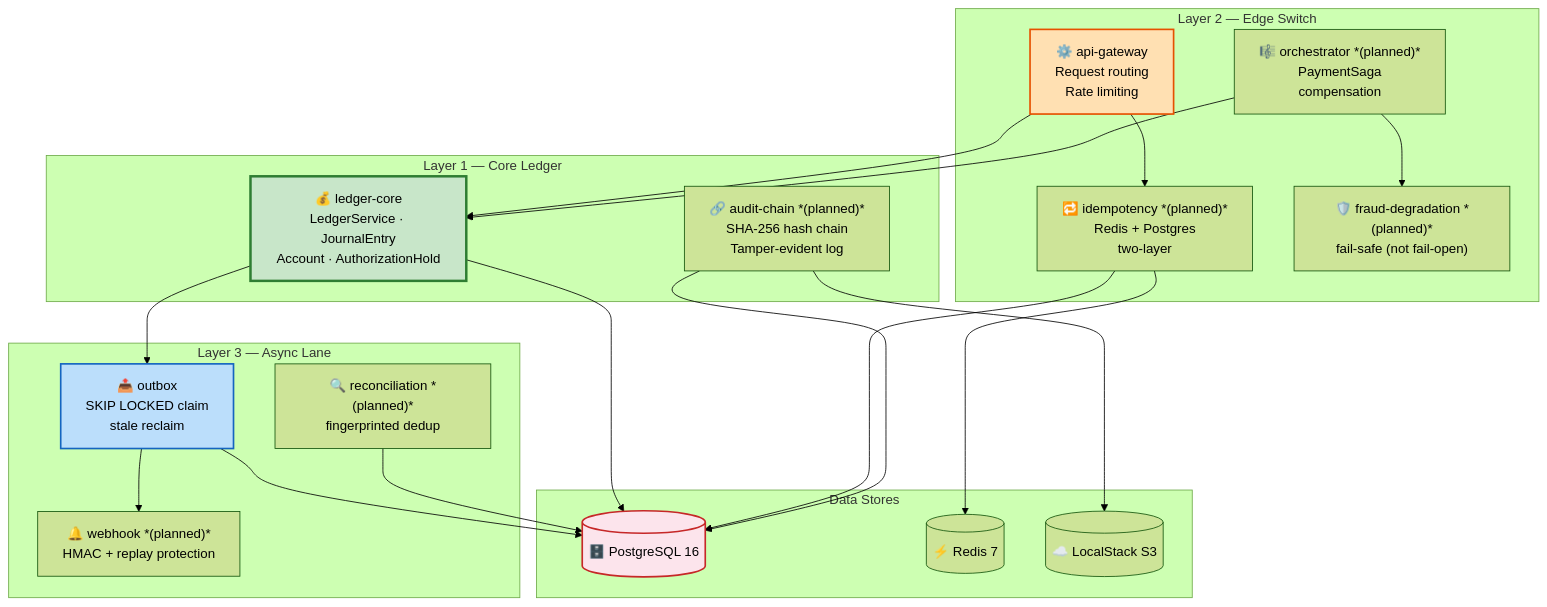
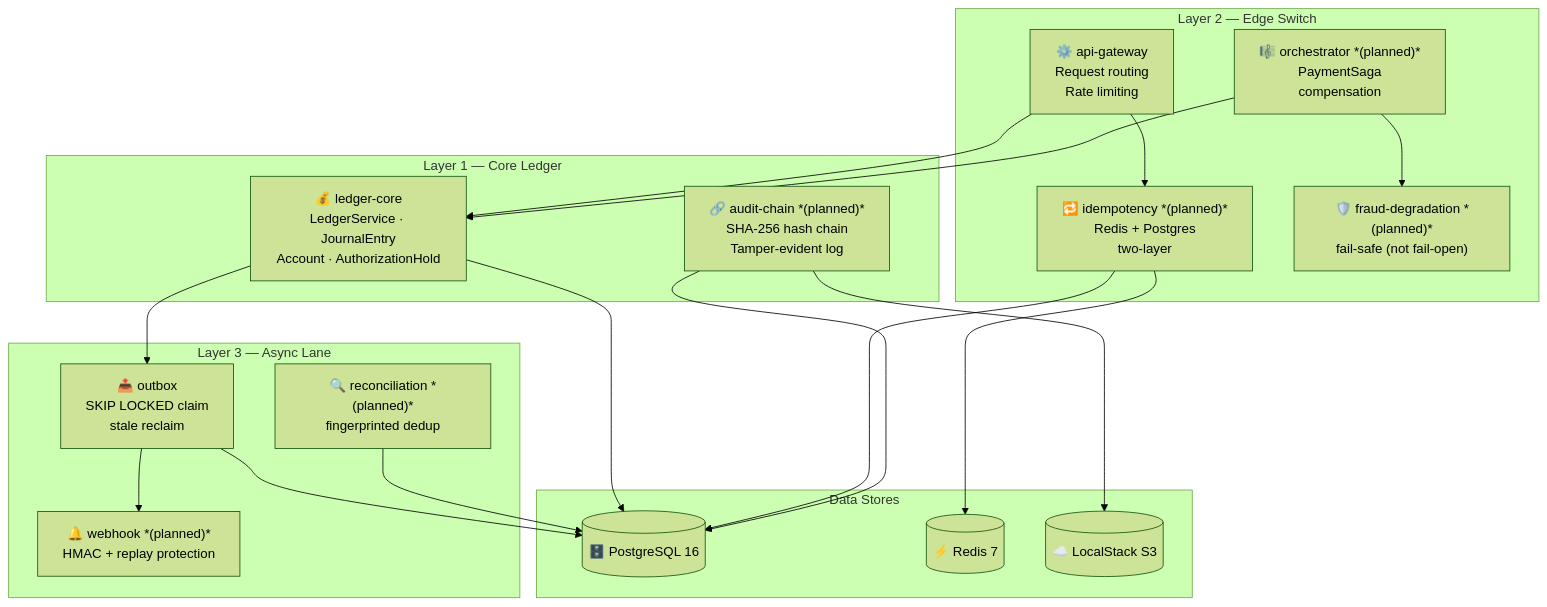
Before and after one commit to sailikhithk/gpn-mini-ledger: the third of 7 diagrams in README.md, drawn with Mermaid (forest theme). The commit also changed other lines of this file, not shown here.

First line of the commit message:
docs: fix Mermaid diagrams for GitHub dark mode rendering (#14)

````diff
--- a/README.md
+++ b/README.md
@@ -163,45 +154,40 @@
 ```mermaid
 graph TB
     subgraph L1["Layer 1 — Core Ledger"]
         LedgerCore["💰 ledger-core<br/>LedgerService · JournalEntry<br/>Account · AuthorizationHold"]
         AuditChain["🔗 audit-chain *(planned)*<br/>SHA-256 hash chain<br/>Tamper-evident log"]
     end
 
     subgraph L2["Layer 2 — Edge Switch"]
         APIGateway["⚙️ api-gateway<br/>Request routing<br/>Rate limiting"]
         Idempotency["🔁 idempotency *(planned)*<br/>Redis + Postgres<br/>two-layer"]
         Orchestrator["🎼 orchestrator *(planned)*<br/>PaymentSaga<br/>compensation"]
         Fraud["🛡️ fraud-degradation *(planned)*<br/>fail-safe (not fail-open)"]
     end
 
     subgraph L3["Layer 3 — Async Lane"]
         Outbox["📤 outbox<br/>SKIP LOCKED claim<br/>stale reclaim"]
         Reconciliation["🔍 reconciliation *(planned)*<br/>fingerprinted dedup"]
         Webhook["🔔 webhook *(planned)*<br/>HMAC + replay protection"]
     end
 
     subgraph Data["Data Stores"]
         Postgres[("🗄️ PostgreSQL 16")]
         Redis[("⚡ Redis 7")]
         S3[("☁️ LocalStack S3")]
     end
 
     APIGateway --> LedgerCore
     APIGateway --> Idempotency
     LedgerCore --> Postgres
     LedgerCore --> Outbox
     Outbox --> Postgres
     Idempotency --> Redis
     Idempotency --> Postgres
     AuditChain --> Postgres
     AuditChain --> S3
     Orchestrator --> LedgerCore
     Orchestrator --> Fraud
     Outbox --> Webhook
     Reconciliation --> Postgres
-
-    style LedgerCore fill:#c8e6c9,stroke:#2e7d32,stroke-width:3px
-    style APIGateway fill:#ffe0b2,stroke:#e65100,stroke-width:2px
-    style Outbox fill:#bbdefb,stroke:#1565c0,stroke-width:2px
-    style Postgres fill:#fce4ec,stroke:#c62828,stroke-width:2px
 ```
````
